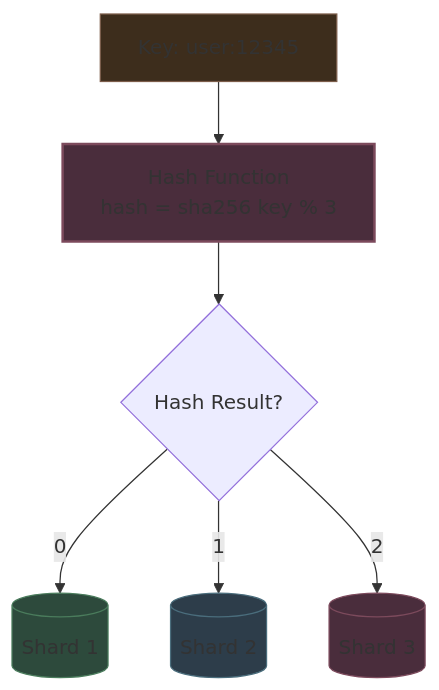
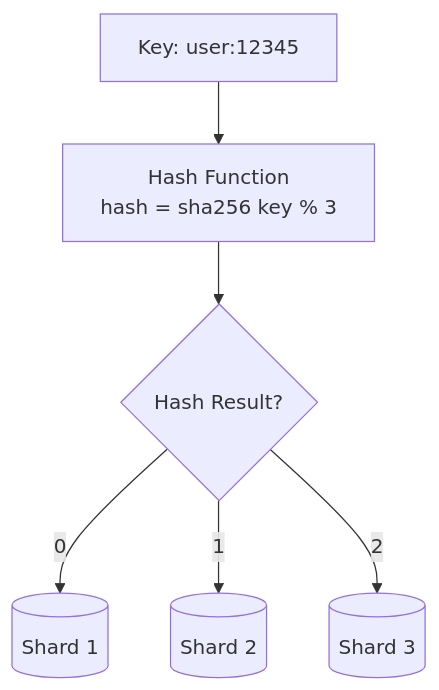
Before and after one commit to Yash-Kavaiya/The-System-Design-Masterclass: the ninth of 16 diagrams in system design beginner/9. Non-Relational Databases.md, drawn with Mermaid. The commit also changed other lines of this file, not shown here.

````diff
--- a/system design beginner/9. Non-Relational Databases.md
+++ b/system design beginner/9. Non-Relational Databases.md
@@ -422,18 +395,13 @@
 ```mermaid
 graph TB
     KEY[Key: user:12345]
     
     KEY --> HASH[Hash Function<br/>hash = sha256 key % 3]
     
     HASH --> DECIDE{Hash Result?}
     
     DECIDE -->|0| S1[(Shard 1)]
     DECIDE -->|1| S2[(Shard 2)]
     DECIDE -->|2| S3[(Shard 3)]
     
-    style KEY fill:#3d2d1c,stroke:#7c5d4a
-    style HASH fill:#4a2d3c,stroke:#7c4a5c,stroke-width:2px
-    style S1 fill:#2d4a3c,stroke:#4a7c5c
-    style S2 fill:#2d3d4a,stroke:#4a6d7c
-    style S3 fill:#4a2d3c,stroke:#7c4a5c
 ```
````
